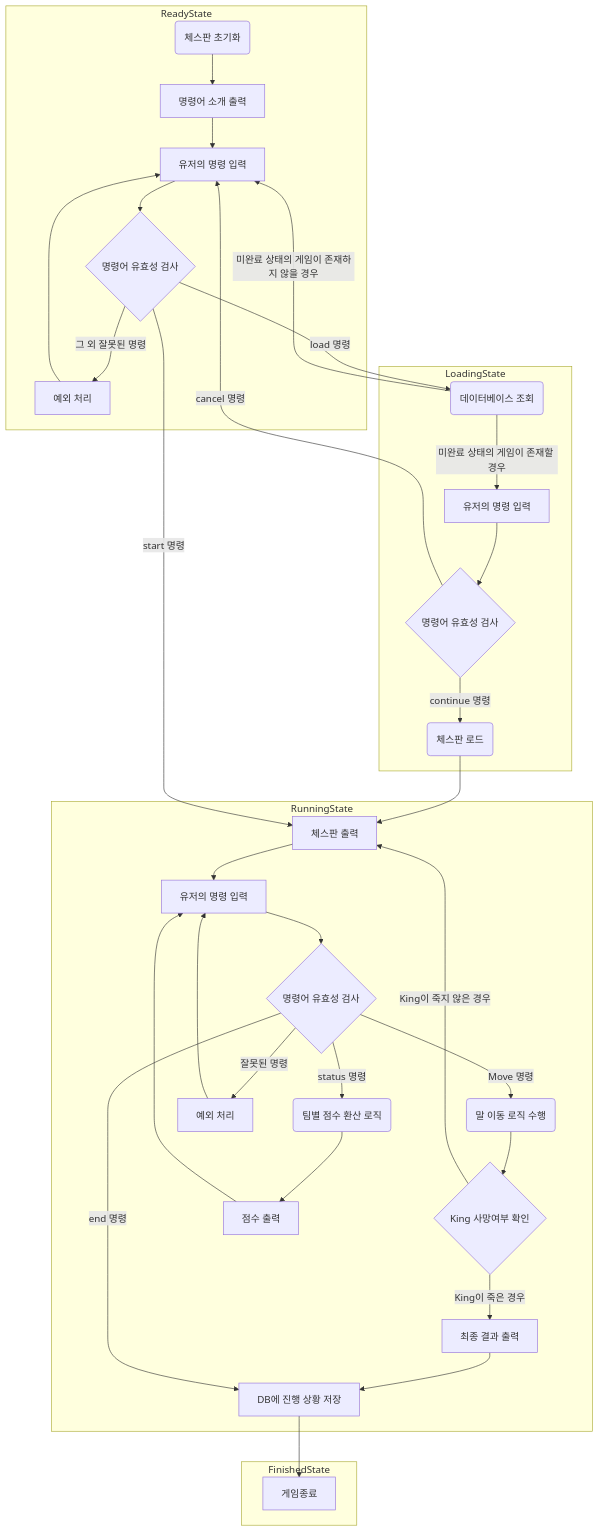
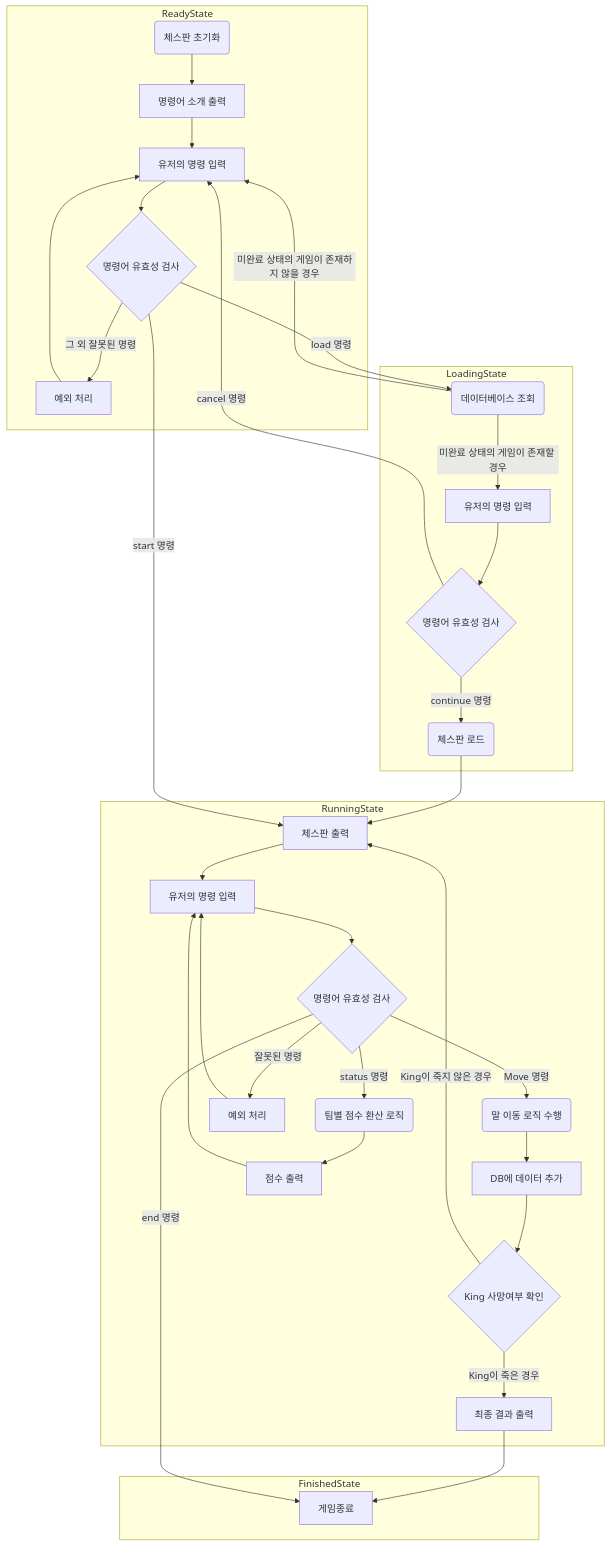
The third of 7 diagrams in docs/README.md (woowacourse/java-chess), drawn with Mermaid before and after one commit. The commit also changed other lines of this file and 3 other files, not shown here.

````diff
--- a/docs/README.md
+++ b/docs/README.md
@@ -109,40 +109,41 @@
 ```mermaid
 flowchart
 
 subgraph ReadyState
   D(체스판 초기화)-->A[명령어 소개 출력]
   A--> B[유저의 명령 입력]
   B-->C{명령어 유효성 검사}
   C-->|그 외 잘못된 명령|EX[예외 처리]-->B
 end
 
 subgraph LoadingState
   DB(데이터베이스 조회)-->|미완료 상태의 게임이 존재할 경우|BB[유저의 명령 입력]
   BB-->CC{명령어 유효성 검사}
   CC-->|continue 명령|LOAD(체스판 로드)
 end
 
 subgraph RunningState
   E[체스판 출력]-->F[유저의 명령 입력]
   F-->G{명령어 유효성 검사}
   G-->|Move 명령|H(말 이동 로직 수행)
-  H-->I{King 사망여부 확인}
+  H-->HH[DB에 데이터 추가]
+  HH-->I{King 사망여부 확인}
   I-->|King이 죽지 않은 경우|E
   I-->|King이 죽은 경우|RESULT[최종 결과 출력]
   G--> |status 명령| J(팀별 점수 환산 로직)-->K[점수 출력]-->F
   G-->|잘못된 명령|EXX[예외 처리]-->F
-  RESULT-->Y[DB에 진행 상황 저장]
-  G--> |end 명령|Y
+  
 end
 
 subgraph FinishedState
   ZZ[게임종료]
 end
 
 C-->|load 명령|DB
 CC-->|cancel 명령|B
 DB-->|미완료 상태의 게임이 존재하지 않을 경우|B
 LOAD-->E
 C-->|start 명령|E
-Y-->ZZ
+RESULT-->ZZ
+G--> |end 명령|ZZ
 ```
````
